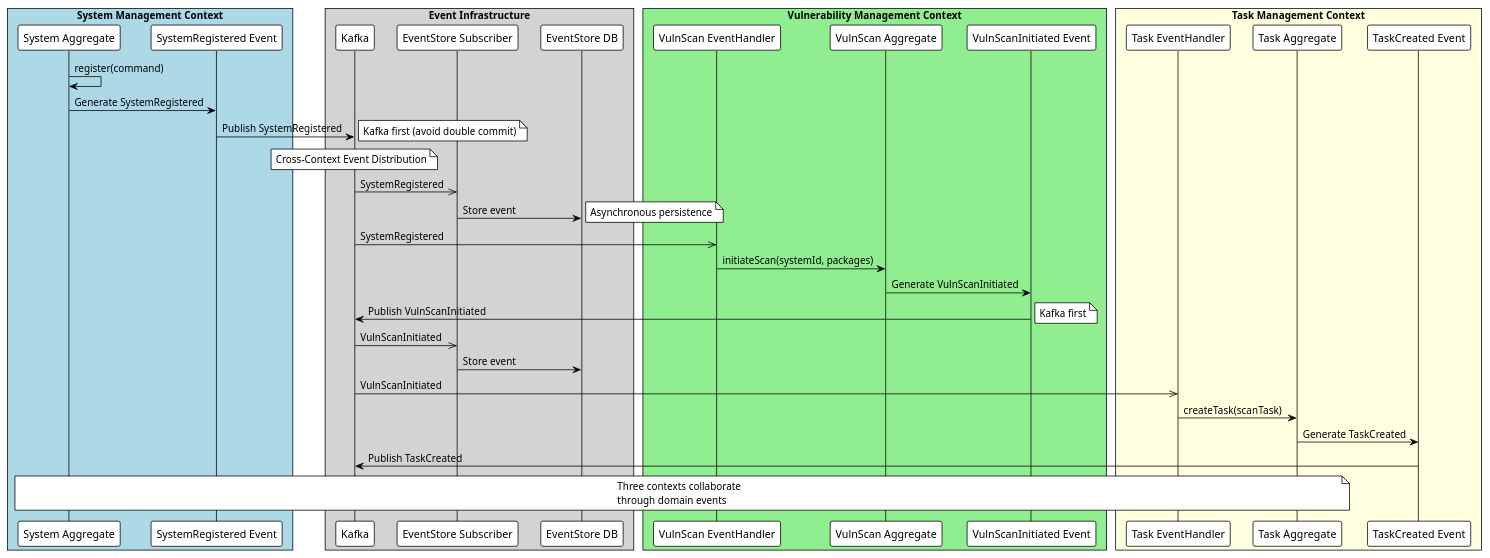
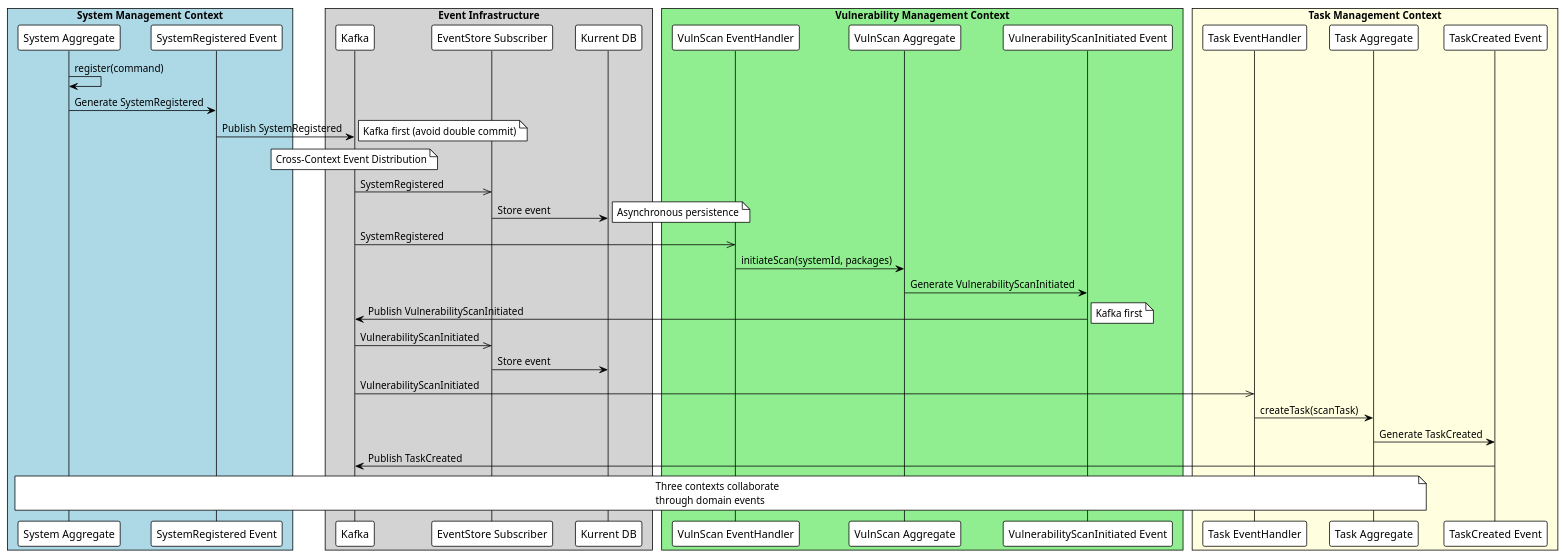
The sixth of 7 diagrams in docs/architecture/event-sourcing-cqrs.md (masakazu1967/system-board), drawn with PlantUML before and after one commit. The commit also changed other lines of this file and 4 other files, not shown here.

````diff
--- a/docs/architecture/event-sourcing-cqrs.md
+++ b/docs/architecture/event-sourcing-cqrs.md
@@ -87,55 +620,55 @@
 ```plantuml
 @startuml cross_context_collaboration
 !theme plain
 
 box "System Management Context" #lightblue
     participant "System Aggregate" as SA
     participant "SystemRegistered Event" as SRE
 end box
 
 box "Event Infrastructure" #lightgray
     participant "Kafka" as Kafka
     participant "EventStore Subscriber" as ESub
-    participant "EventStore DB" as ES
+    participant "Kurrent DB" as ES
 end box
 
 box "Vulnerability Management Context" #lightgreen
     participant "VulnScan EventHandler" as VEH
     participant "VulnScan Aggregate" as VSA
-    participant "VulnScanInitiated Event" as VSIE
+    participant "VulnerabilityScanInitiated Event" as VSIE
 end box
 
 box "Task Management Context" #lightyellow
     participant "Task EventHandler" as TEH
     participant "Task Aggregate" as TA
     participant "TaskCreated Event" as TCE
 end box
 
 SA -> SA: register(command)
 SA -> SRE: Generate SystemRegistered
 SRE -> Kafka: Publish SystemRegistered
 note right: Kafka first (avoid double commit)
 
 note over Kafka: Cross-Context Event Distribution
 
 Kafka ->> ESub: SystemRegistered
 ESub -> ES: Store event
 note right: Asynchronous persistence
 
 Kafka ->> VEH: SystemRegistered
 VEH -> VSA: initiateScan(systemId, packages)
-VSA -> VSIE: Generate VulnScanInitiated
-VSIE -> Kafka: Publish VulnScanInitiated
+VSA -> VSIE: Generate VulnerabilityScanInitiated
+VSIE -> Kafka: Publish VulnerabilityScanInitiated
 note right: Kafka first
 
-Kafka ->> ESub: VulnScanInitiated
+Kafka ->> ESub: VulnerabilityScanInitiated
 ESub -> ES: Store event
 
-Kafka ->> TEH: VulnScanInitiated
+Kafka ->> TEH: VulnerabilityScanInitiated
 TEH -> TA: createTask(scanTask)
 TA -> TCE: Generate TaskCreated
 TCE -> Kafka: Publish TaskCreated
 
 note over SA,TA: Three contexts collaborate\nthrough domain events
 @enduml
 ```
````
